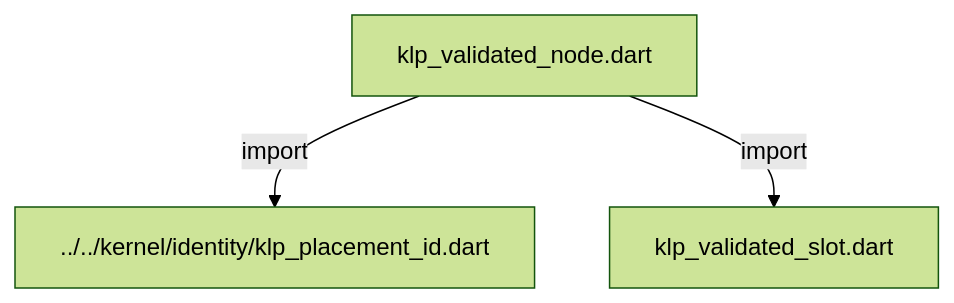
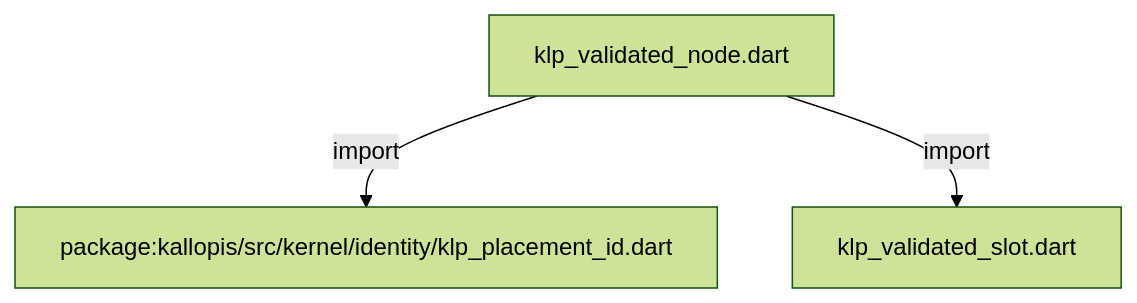
The first of 2 diagrams in docs/architecture/src/composition/validation/klp_validated_node.md (MiuDog/Kallopis), drawn with Mermaid (forest theme) before and after one commit. The commit also changed other lines of this file and 9688 other files, not shown here.

Commit message:
Prepare isolated Flow F2 peer baseline

````diff
--- a/docs/architecture/src/composition/validation/klp_validated_node.md
+++ b/docs/architecture/src/composition/validation/klp_validated_node.md
@@ -11,8 +11,8 @@
 ```mermaid
 flowchart TD
 	n0["klp_validated_node.dart"]
-	n1["../../kernel/identity/klp_placement_id.dart"]
+	n1["package:kallopis/src/kernel/identity/klp_placement_id.dart"]
 	n2["klp_validated_slot.dart"]
 	n0 -->|"import"| n1
 	n0 -->|"import"| n2
 ```
````
